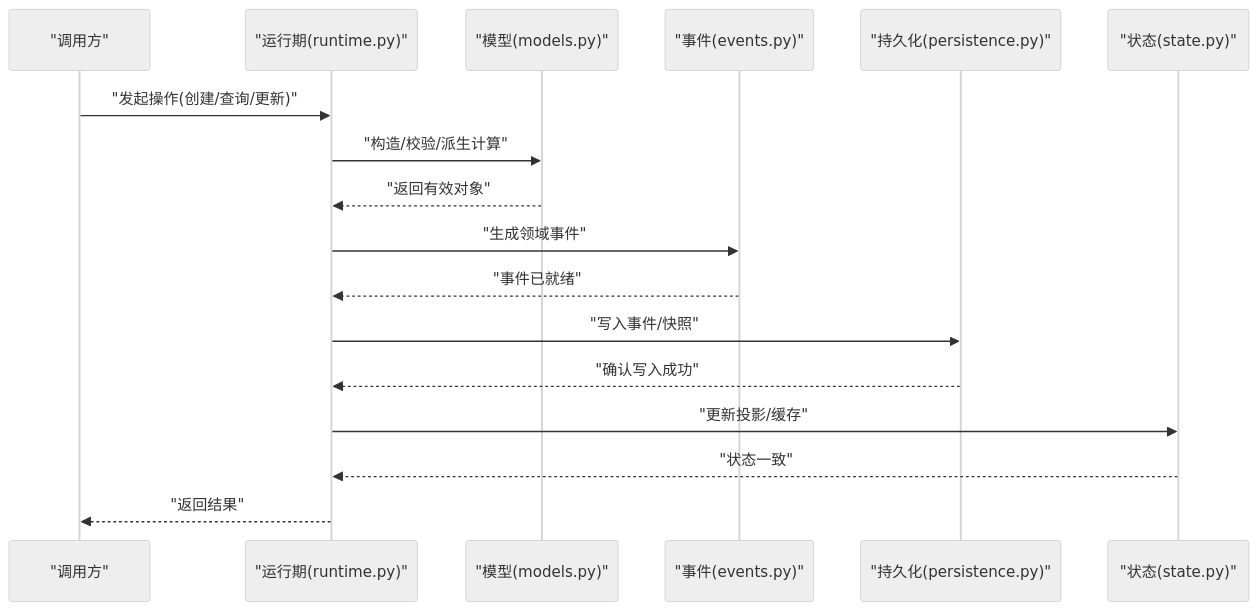
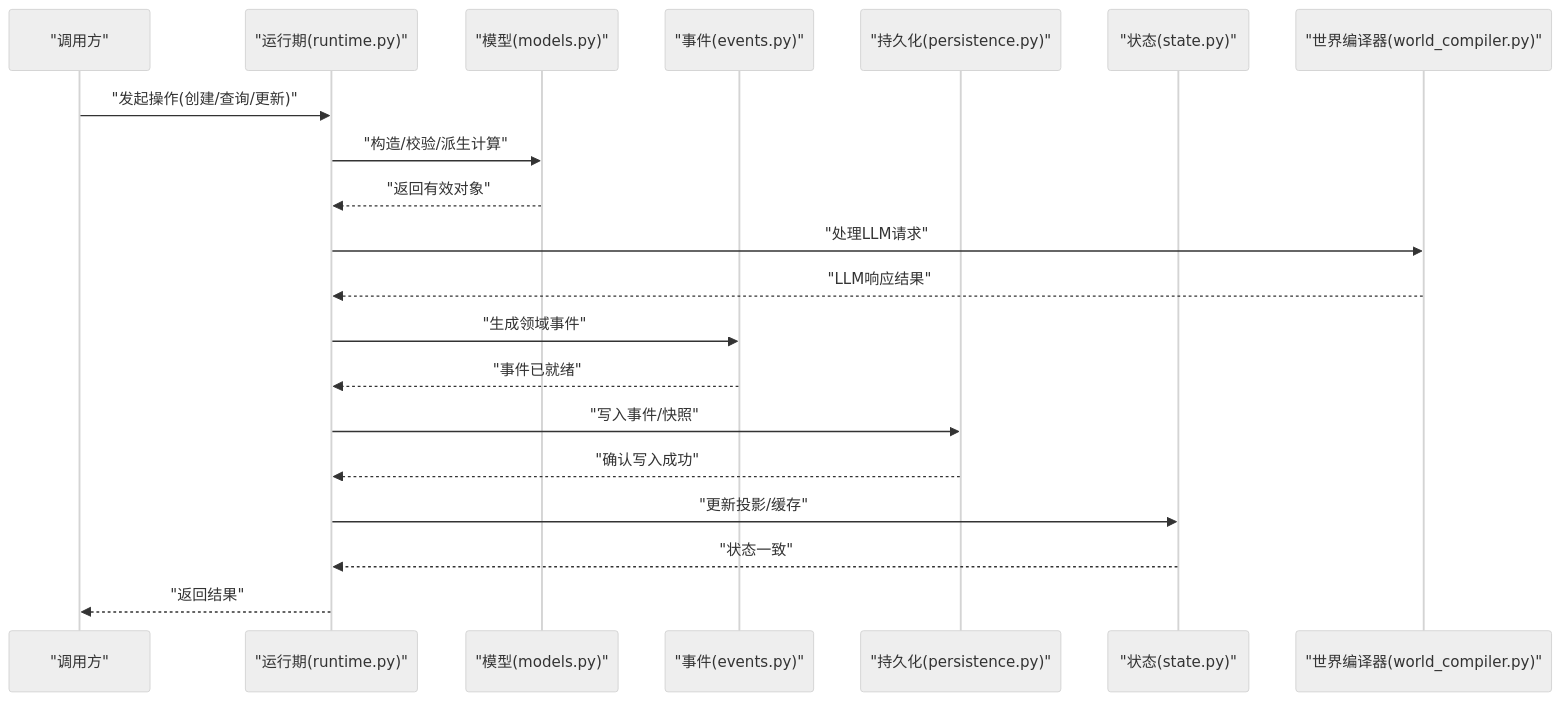
The second of 7 diagrams in .qoder/repowiki/zh/content/运行时系统/数据模型.md (Ivandanslespace/thegreatnovel), drawn with Mermaid (neutral theme) before and after one commit. The commit also changed other lines of this file and 64 other files, not shown here.

````diff
--- a/.qoder/repowiki/zh/content/运行时系统/数据模型.md
+++ b/.qoder/repowiki/zh/content/运行时系统/数据模型.md
@@ -140,19 +150,22 @@
 ```mermaid
 sequenceDiagram
 participant Client as "调用方"
 participant Runtime as "运行期(runtime.py)"
 participant Model as "模型(models.py)"
 participant Event as "事件(events.py)"
 participant Store as "持久化(persistence.py)"
 participant State as "状态(state.py)"
+participant WorldCompiler as "世界编译器(world_compiler.py)"
 Client->>Runtime : "发起操作(创建/查询/更新)"
 Runtime->>Model : "构造/校验/派生计算"
 Model-->>Runtime : "返回有效对象"
+Runtime->>WorldCompiler : "处理LLM请求"
+WorldCompiler-->>Runtime : "LLM响应结果"
 Runtime->>Event : "生成领域事件"
 Event-->>Runtime : "事件已就绪"
 Runtime->>Store : "写入事件/快照"
 Store-->>Runtime : "确认写入成功"
 Runtime->>State : "更新投影/缓存"
 State-->>Runtime : "状态一致"
 Runtime-->>Client : "返回结果"
 ```
````
